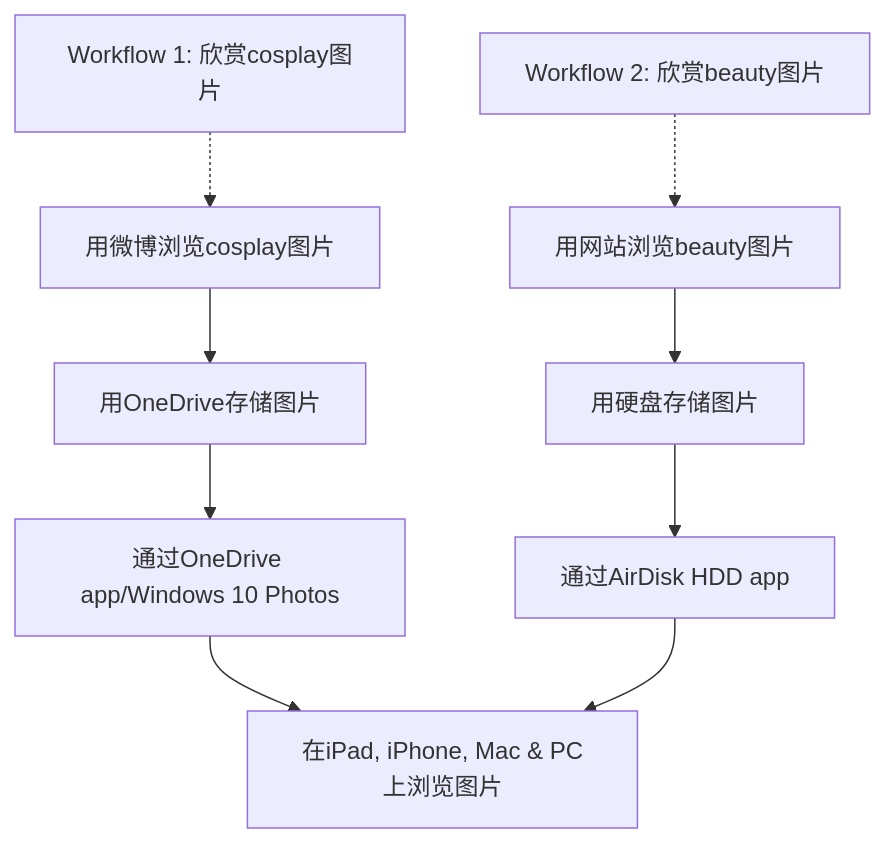
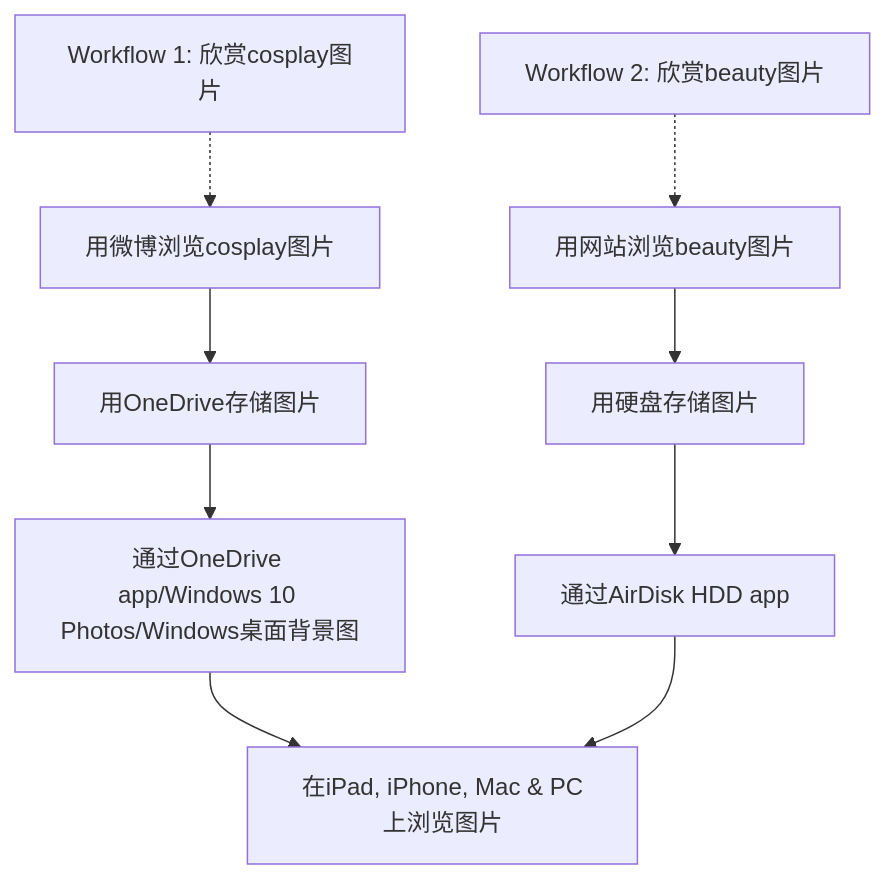
The diagram in _posts/productivity/2021-03-28-picture-viewing-setup.md (goooooouwa/writings), drawn with Mermaid before and after one commit.

```diff
--- a/_posts/productivity/2021-03-28-picture-viewing-setup.md
+++ b/_posts/productivity/2021-03-28-picture-viewing-setup.md
@@ -9,17 +9,16 @@
 <div class="mermaid">
     graph TD
     T1[Workflow 1: 欣赏cosplay图片] -.-> A
 
     A[用微博浏览cosplay图片]
     A --> F[用OneDrive存储图片]
-    F --> B[通过OneDrive app/Windows 10 Photos]
+    F --> B[通过OneDrive app/Windows 10 Photos/Windows桌面背景图]
     B --> D[在iPad, iPhone, Mac & PC上浏览图片]
-
 
     T2[Workflow 2: 欣赏beauty图片] -.-> G
 
     G[用网站浏览beauty图片]
     G --> H[用硬盘存储图片]
     H --> C[通过AirDisk HDD app]
     C --> D
 </div>
```
